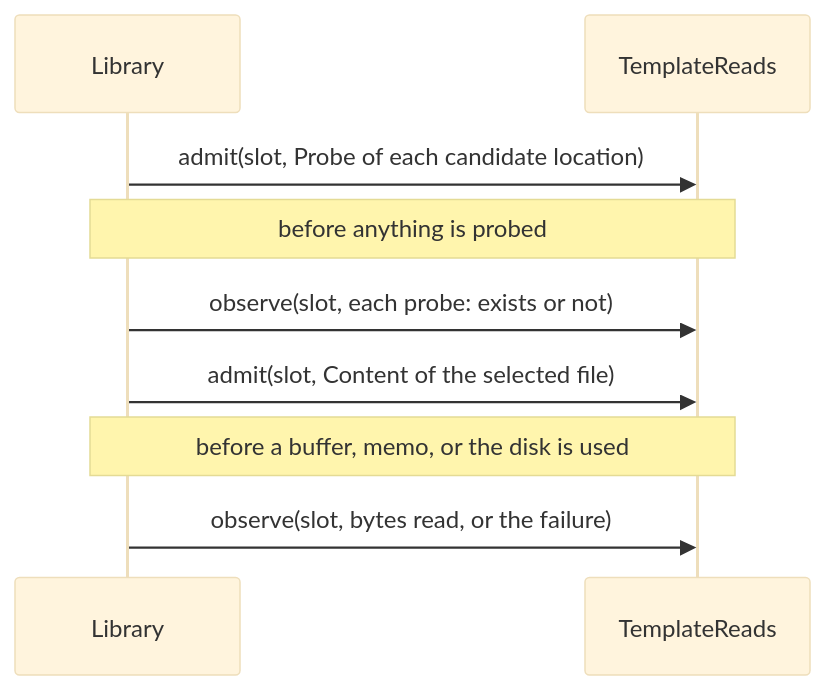
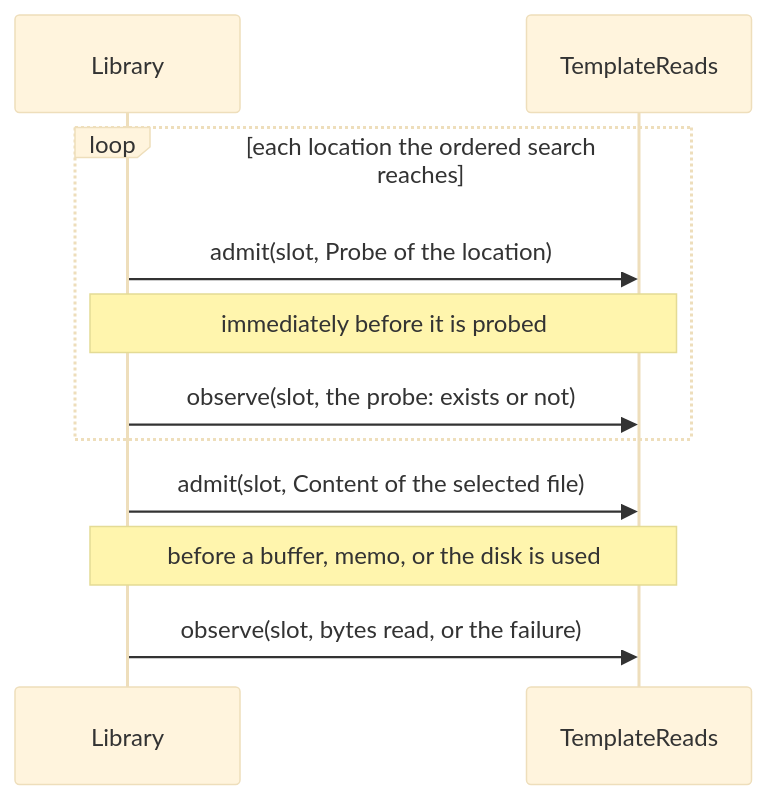
Before and after one commit to yankeeinlondon/rusty-biscuit: the third of 3 diagrams in simplified-schema/docs/topics/language/slots.md, drawn with Mermaid (base theme). The commit also changed other lines of this file and 36 other files, not shown here.

First line of the commit message:
feat(darkmatter): resolve schema template types across hosts

````diff
--- a/simplified-schema/docs/topics/language/slots.md
+++ b/simplified-schema/docs/topics/language/slots.md
@@ -439,11 +484,13 @@
 ```mermaid
 sequenceDiagram
     participant Library
     participant Reads as TemplateReads
-    Library->>Reads: admit(slot, Probe of each candidate location)
-    Note over Library,Reads: before anything is probed
-    Library->>Reads: observe(slot, each probe: exists or not)
+    loop each location the ordered search reaches
+        Library->>Reads: admit(slot, Probe of the location)
+        Note over Library,Reads: immediately before it is probed
+        Library->>Reads: observe(slot, the probe: exists or not)
+    end
     Library->>Reads: admit(slot, Content of the selected file)
     Note over Library,Reads: before a buffer, memo, or the disk is used
     Library->>Reads: observe(slot, bytes read, or the failure)
 ```
````
